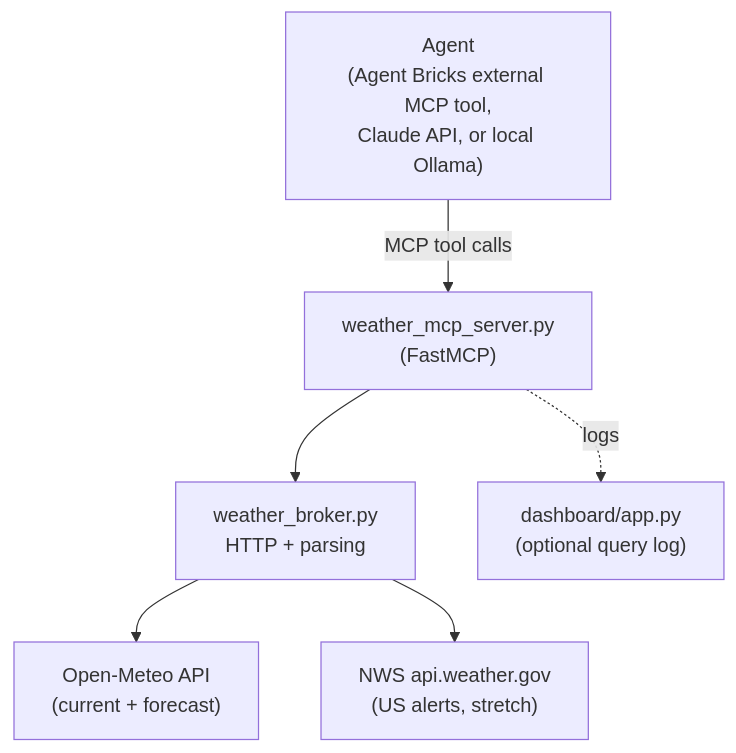
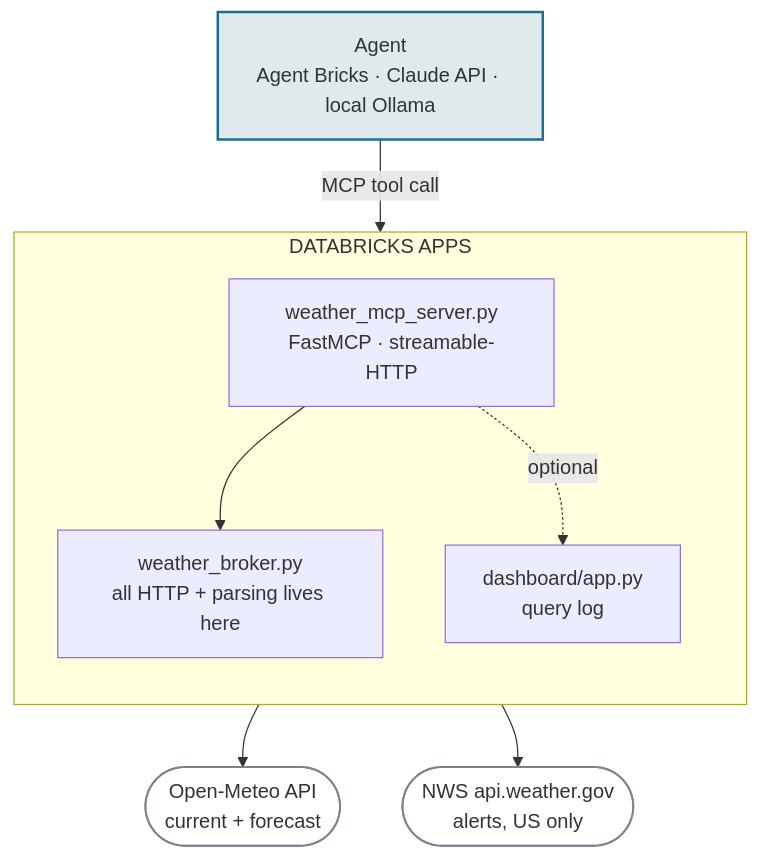
One commit to DBishal13/databricks-ai-capstone changed the second of 5 diagrams in README.md. Above: the diagram before and after it, drawn with Mermaid. The commit also changed other lines of this file, not shown here.

First line of the commit message:
Redesign README mermaid diagrams to match the demo page

````diff
--- a/README.md
+++ b/README.md
@@ -106,8 +115,18 @@
 ```mermaid
 flowchart TD
-    Agent["Agent<br/>(Agent Bricks external MCP tool,<br/>Claude API, or local Ollama)"] -->|MCP tool calls| Server["weather_mcp_server.py<br/>(FastMCP)"]
-    Server --> Broker["weather_broker.py<br/>HTTP + parsing"]
-    Broker --> OM["Open-Meteo API<br/>(current + forecast)"]
-    Broker --> NWS["NWS api.weather.gov<br/>(US alerts, stretch)"]
-    Server -.logs.-> Dashboard["dashboard/app.py<br/>(optional query log)"]
+    Agent["Agent<br/>Agent Bricks · Claude API · local Ollama"] -->|MCP tool call| Server
+
+    subgraph APPS["DATABRICKS APPS"]
+        direction TB
+        Server["weather_mcp_server.py<br/>FastMCP · streamable-HTTP"] --> Broker["weather_broker.py<br/>all HTTP + parsing lives here"]
+        Server -.optional.-> Dashboard["dashboard/app.py<br/>query log"]
+    end
+
+    Broker --> OM(["Open-Meteo API<br/>current + forecast"])
+    Broker --> NWS(["NWS api.weather.gov<br/>alerts, US only"])
+
+    classDef hub fill:#dfeaec,stroke:#1c6e8c,stroke-width:2px;
+    classDef ext fill:#ffffff,stroke:#7b8390,stroke-width:1.5px;
+    class Agent hub
+    class OM,NWS ext
 ```
````
